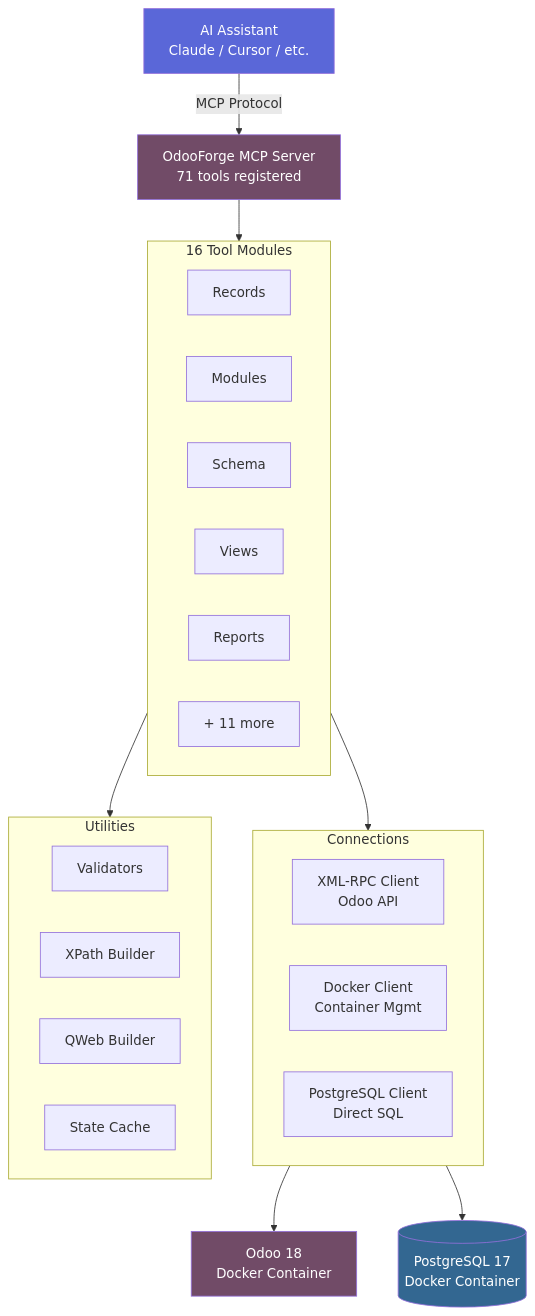
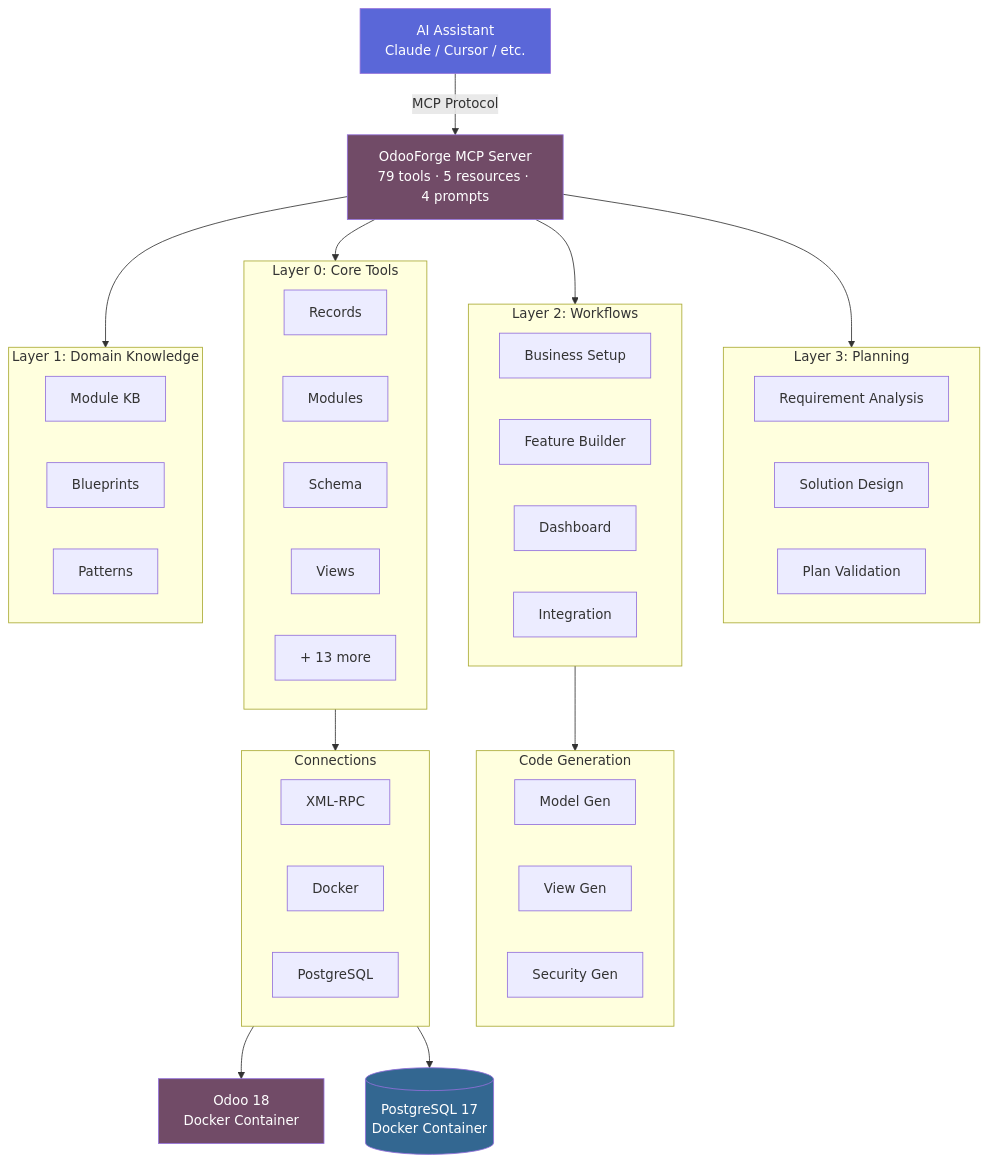
One commit to hamzatrq/odoo-forge changed the diagram in README.md. Above: the diagram before and after it, drawn with Mermaid. The commit also changed other lines of this file and 7 other files, not shown here.

````diff
--- a/README.md
+++ b/README.md
@@ -189,42 +233,65 @@
 ```mermaid
 graph TB
-    AI[AI Assistant<br/>Claude / Cursor / etc.] -->|MCP Protocol| MCP[OdooForge MCP Server<br/>71 tools registered]
+    AI[AI Assistant<br/>Claude / Cursor / etc.] -->|MCP Protocol| MCP[OdooForge MCP Server<br/>79 tools · 5 resources · 4 prompts]
 
-    MCP --> Tools[Tool Layer]
-    Tools --> Conn[Connection Layer]
+    MCP --> Planning[Planning Layer]
+    MCP --> Workflows[Workflow Layer]
+    MCP --> Tools[Core Tool Layer]
+    MCP --> Knowledge[Knowledge Layer]
 
-    subgraph Tools[16 Tool Modules]
+    subgraph Planning[Layer 3: Planning]
+        direction LR
+        P1[Requirement Analysis]
+        P2[Solution Design]
+        P3[Plan Validation]
+    end
+
+    subgraph Workflows[Layer 2: Workflows]
+        direction LR
+        W1[Business Setup]
+        W2[Feature Builder]
+        W3[Dashboard]
+        W4[Integration]
+    end
+
+    subgraph Tools[Layer 0: Core Tools]
         direction LR
         T1[Records]
         T2[Modules]
         T3[Schema]
         T4[Views]
-        T5[Reports]
-        T6[+ 11 more]
+        T5[+ 13 more]
     end
+
+    subgraph Knowledge[Layer 1: Domain Knowledge]
+        direction LR
+        K1[Module KB]
+        K2[Blueprints]
+        K3[Patterns]
+    end
+
+    subgraph Codegen[Code Generation]
+        direction LR
+        C1[Model Gen]
+        C2[View Gen]
+        C3[Security Gen]
+    end
+
+    Workflows --> Codegen
+    Tools --> Conn[Connections]
 
     subgraph Conn[Connections]
         direction LR
-        RPC[XML-RPC Client<br/>Odoo API]
-        Docker[Docker Client<br/>Container Mgmt]
-        PG[PostgreSQL Client<br/>Direct SQL]
+        RPC[XML-RPC]
+        Docker[Docker]
+        PG[PostgreSQL]
     end
-
-    subgraph Utils[Utilities]
-        direction LR
-        Val[Validators]
-        XPath[XPath Builder]
-        QWeb[QWeb Builder]
-        Cache[State Cache]
-    end
-
-    Tools --> Utils
 
     Conn --> Odoo[Odoo 18<br/>Docker Container]
     Conn --> DB[(PostgreSQL 17<br/>Docker Container)]
 
     style AI fill:#5A67D8,color:#fff
     style MCP fill:#714B67,color:#fff
     style Odoo fill:#714B67,color:#fff
     style DB fill:#336791,color:#fff
 ```
````
